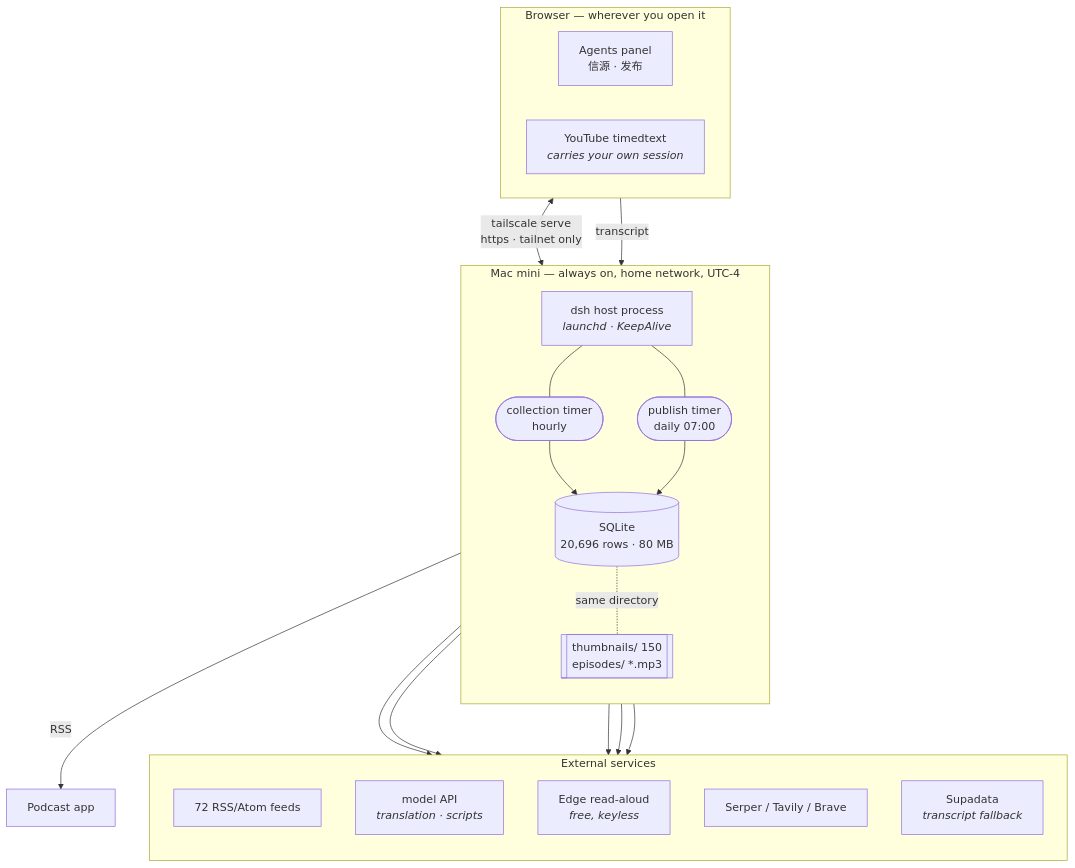
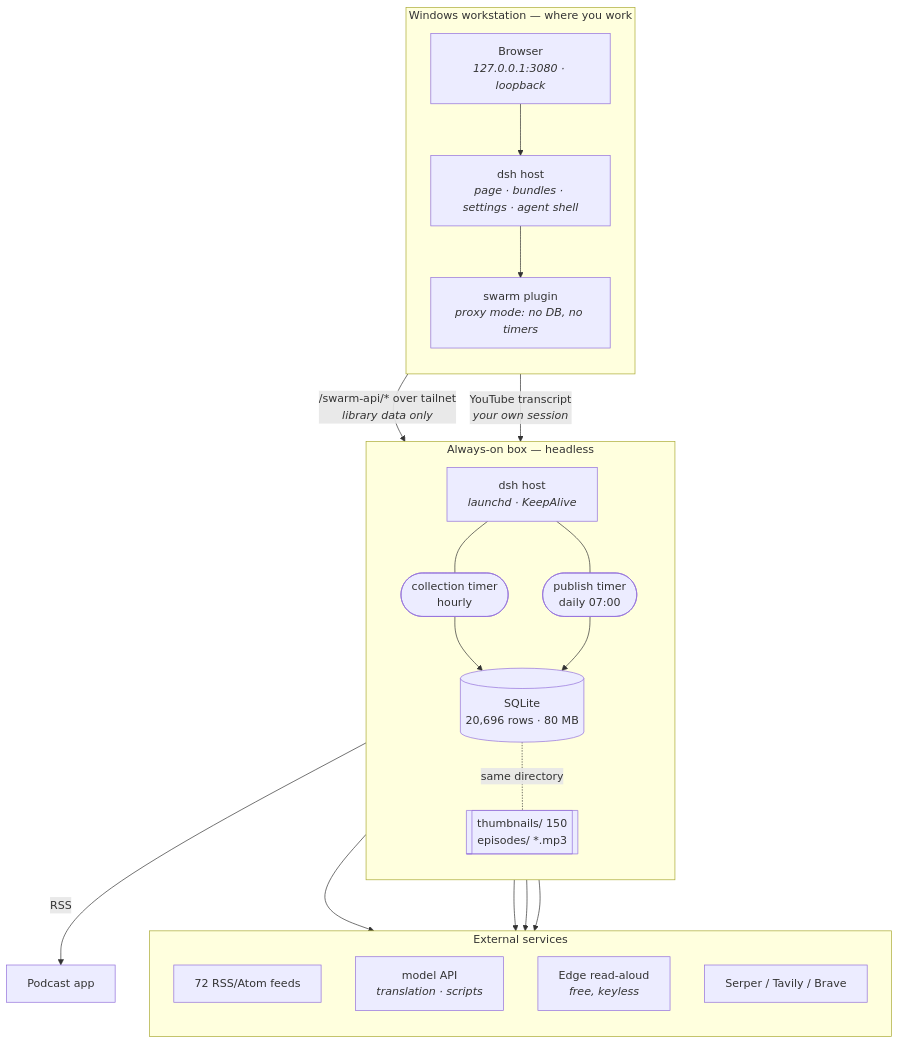
One commit to genesis-agents/dsh-plugins changed the first of 4 diagrams in docs/architecture.md. Above: the diagram before and after it, drawn with Mermaid. The commit also changed other lines of this file and 6 other files, not shown here.

````diff
--- a/docs/architecture.md
+++ b/docs/architecture.md
@@ -25,40 +25,40 @@
 ```mermaid
 flowchart TB
-  subgraph browser["Browser — wherever you open it"]
-    direction LR
-    UI["Agents panel<br/>信源 · 发布"]
-    YT["YouTube timedtext<br/><i>carries your own session</i>"]
+  subgraph win["Windows workstation — where you work"]
+    direction TB
+    BROWSER["Browser<br/><i>127.0.0.1:3080 · loopback</i>"]
+    WHOST["dsh host<br/><i>page · bundles · settings · agent shell</i>"]
+    PROXY["swarm plugin<br/><i>proxy mode: no DB, no timers</i>"]
+    BROWSER --> WHOST --> PROXY
   end
 
-  subgraph mac["Mac mini — always on, home network, UTC-4"]
+  subgraph mac["Always-on box — headless"]
     direction TB
-    HOST["dsh host process<br/><i>launchd · KeepAlive</i>"]
+    HOST["dsh host<br/><i>launchd · KeepAlive</i>"]
     T1(["collection timer<br/>hourly"])
     T2(["publish timer<br/>daily 07:00"])
     DB[("SQLite<br/>20,696 rows · 80 MB")]
     FILES[["thumbnails/ 150<br/>episodes/ *.mp3"]]
     HOST --- T1
     HOST --- T2
     T1 --> DB
     T2 --> DB
     DB -.same directory.- FILES
   end
 
   subgraph ext["External services"]
     direction TB
     FEEDS["72 RSS/Atom feeds"]
     MODEL["model API<br/><i>translation · scripts</i>"]
     TTS["Edge read-aloud<br/><i>free, keyless</i>"]
     SEARCH["Serper / Tavily / Brave"]
-    SUPA["Supadata<br/><i>transcript fallback</i>"]
   end
 
-  UI <-->|"tailscale serve<br/>https · tailnet only"| HOST
-  YT -->|transcript| HOST
+  PROXY -->|"/swarm-api/* over tailnet<br/><i>library data only</i>"| HOST
+  BROWSER -->|"YouTube transcript<br/><i>your own session</i>"| HOST
   T1 --> FEEDS
   HOST --> MODEL
   HOST --> TTS
   HOST --> SEARCH
-  HOST --> SUPA
   T2 -->|RSS| PODCAST["Podcast app"]
 ```
````
